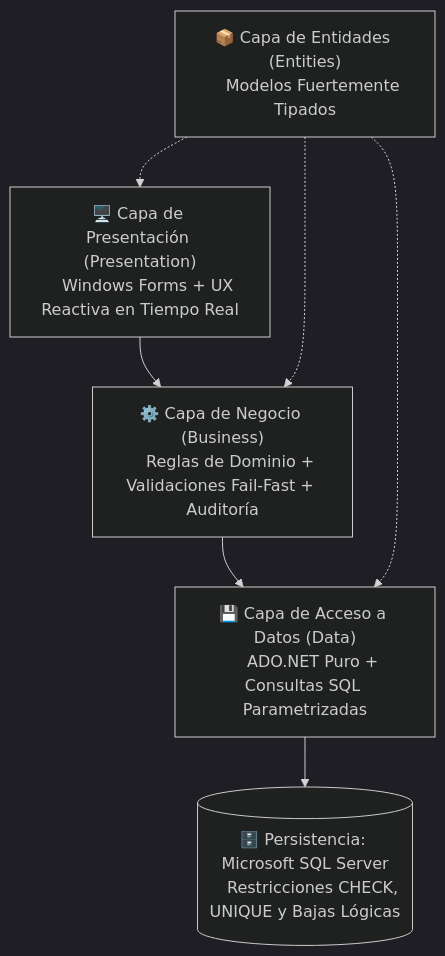
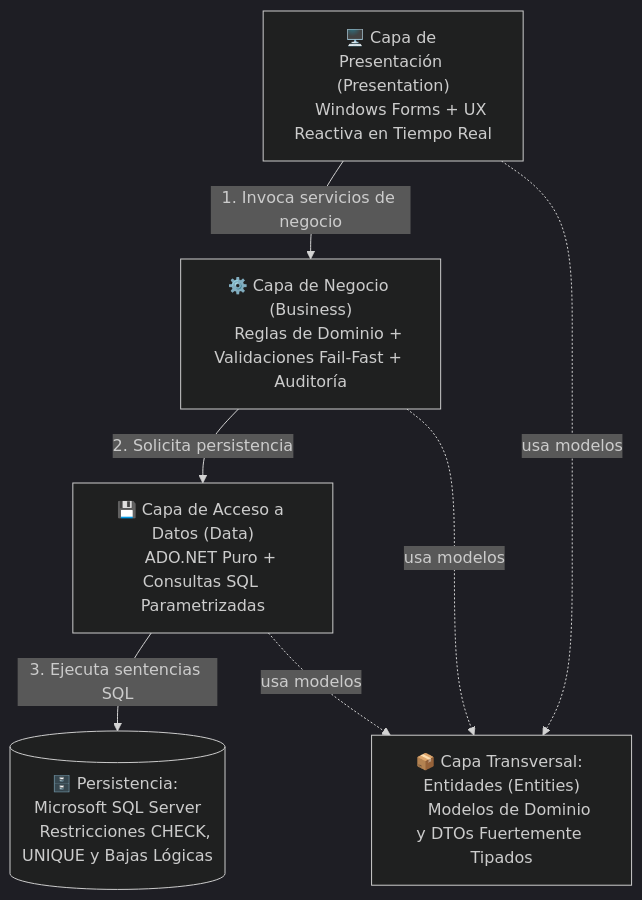
One commit to luanaromero588/Matiensos_db changed the diagram in README.md. Above: the diagram before and after it, drawn with Mermaid (dark theme). The commit also changed other lines of this file, not shown here.

Commit message:
(doc): mejora del README.md.

````diff
--- a/README.md
+++ b/README.md
@@ -102,25 +102,25 @@
 ```mermaid
 flowchart TD
     UI["🖥️ Capa de Presentación (Presentation)
     Windows Forms + UX Reactiva en Tiempo Real"]
     
     BLL["⚙️ Capa de Negocio (Business)
     Reglas de Dominio + Validaciones Fail-Fast + Auditoría"]
     
     DAL["💾 Capa de Acceso a Datos (Data)
     ADO.NET Puro + Consultas SQL Parametrizadas"]
     
-    ENT["📦 Capa de Entidades (Entities)
-    Modelos Fuertemente Tipados"]
-    
     DB[("🗄️ Persistencia: Microsoft SQL Server
     Restricciones CHECK, UNIQUE y Bajas Lógicas")]
 
-    UI --> BLL
-    BLL --> DAL
-    DAL --> DB
-    
-    ENT -.-> UI
-    ENT -.-> BLL
-    ENT -.-> DAL
+    ENT["📦 Capa Transversal: Entidades (Entities)
+    Modelos de Dominio y DTOs Fuertemente Tipados"]
+
+    UI -->|1. Invoca servicios de negocio| BLL
+    BLL -->|2. Solicita persistencia| DAL
+    DAL -->|3. Ejecuta sentencias SQL| DB
+
+    UI -. usa modelos .-> ENT
+    BLL -. usa modelos .-> ENT
+    DAL -. usa modelos .-> ENT
 ```
````
